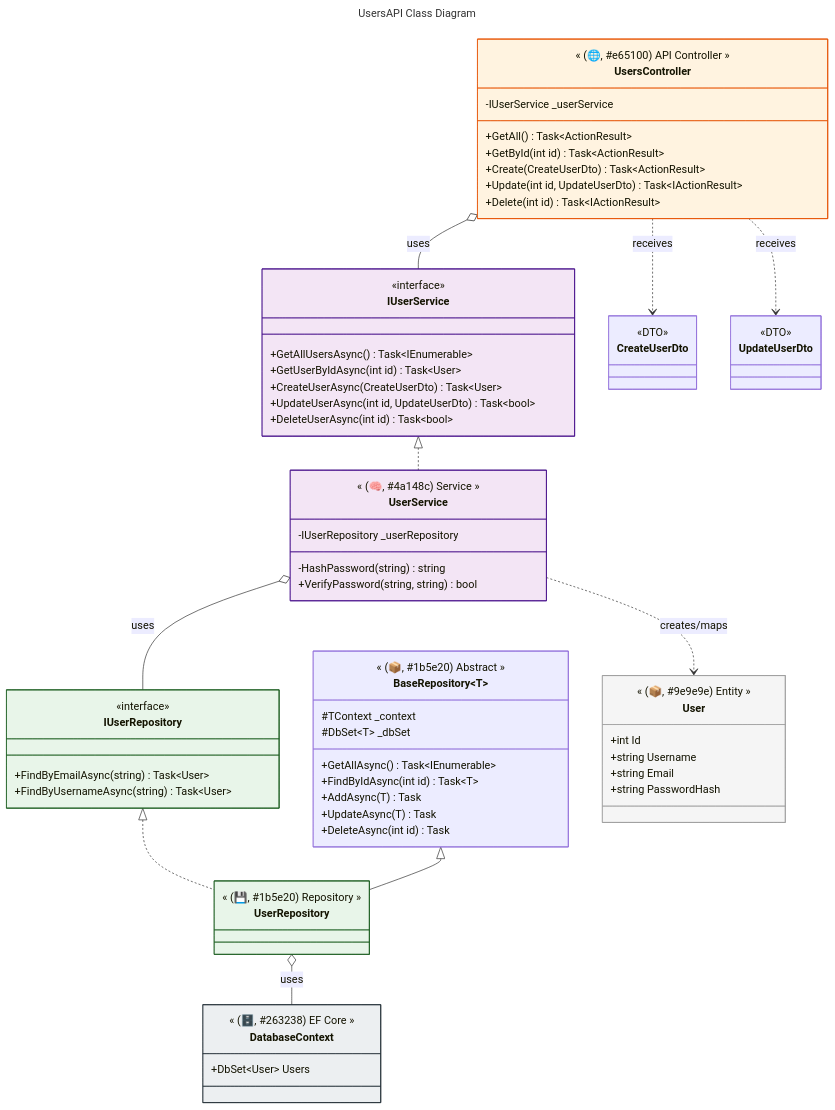
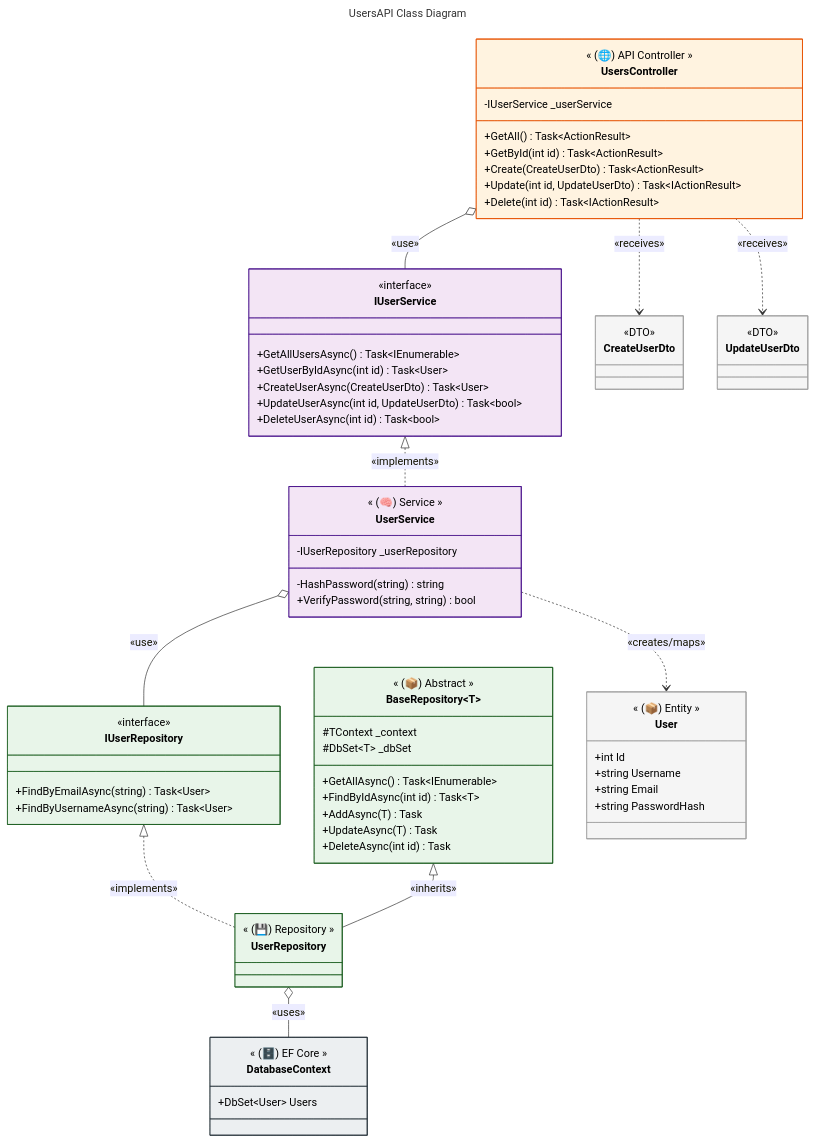
Before and after one commit to jadogeri/UsersAPI: the second of 2 diagrams in README.md, drawn with Mermaid. The commit also changed other lines of this file and 3 other files, not shown here.

Commit message:
Added comments to DatabaseContext

````diff
--- a/README.md
+++ b/README.md
@@ -67,7 +68,7 @@
 
     %% --- LAYER 1: SERVICE INTERFACE (ORANGE) ---
     class UsersController {
-        << (🌐, #e65100) API Controller >>
+        << (🌐) API Controller >>
         -IUserService _userService
         +GetAll() Task~ActionResult~
         +GetById(int id) Task~ActionResult~
@@ -86,7 +87,7 @@
         +DeleteUserAsync(int id) Task~bool~
     }
     class UserService {
-        << (🧠, #4a148c) Service >>
+        << (🧠) Service >>
         -IUserRepository _userRepository
         -HashPassword(string) string
         +VerifyPassword(string, string) bool
@@ -99,7 +100,7 @@
         +FindByUsernameAsync(string) Task~User~
     }
     class BaseRepository~T~ {
-        << (📦, #1b5e20) Abstract >>
+        << (📦) Abstract >>
         #TContext _context
         #DbSet~T~ _dbSet
         +GetAllAsync() Task~IEnumerable~
@@ -109,16 +110,16 @@
         +DeleteAsync(int id) Task
     }
     class UserRepository {
-        << (💾, #1b5e20) Repository >>
+        << (💾) Repository >>
     }
 
     %% --- LAYER 4: MODELS & DATA (GRAY) ---
     class DatabaseContext {
-        << (🗄️, #263238) EF Core >>
+        << (🗄️) EF Core >>
         +DbSet~User~ Users
     }
     class User {
-        << (📦, #9e9e9e) Entity >>
+        << (📦) Entity >>
         +int Id
         +string Username
         +string Email
@@ -128,27 +129,30 @@
     class UpdateUserDto { <<DTO>> }
 
     %% --- RELATIONSHIPS ---
-    IUserService <|.. UserService
-    IUserRepository <|.. UserRepository
-    BaseRepository <|-- UserRepository
+    IUserService <|.. UserService : «implements»
+    IUserRepository <|.. UserRepository : «implements»
+    BaseRepository <|-- UserRepository : «inherits»
     
     %% Injections (Aggregation)
-    UsersController o-- IUserService : uses
-    UserService o-- IUserRepository : uses
-    UserRepository o-- DatabaseContext : uses
+    UsersController o-- IUserService : «use»
+    UserService o-- IUserRepository : «use»
+    UserRepository o-- DatabaseContext : «uses»
 
     %% Data Flow (Dependency)
-    UserService ..> User : creates/maps
-    UsersController ..> CreateUserDto : receives
-    UsersController ..> UpdateUserDto : receives
+    UserService ..> User : «creates/maps»
+    UsersController ..> CreateUserDto : «receives»
+    UsersController ..> UpdateUserDto : «receives»
 
     %% --- STYLING ---
-    style UsersController fill:#fff3e0,stroke:#e65100
-    style UserService fill:#f3e5f5,stroke:#4a148c
-    style UserRepository fill:#e8f5e9,stroke:#1b5e20
-    style DatabaseContext fill:#eceff1,stroke:#263238
-    style User fill:#f5f5f5,stroke:#9e9e9e
-    style IUserService fill:#f3e5f5,stroke:#4a148c
-    style IUserRepository fill:#e8f5e9,stroke:#1b5e20
-
+    style UsersController fill:#fff3e0,stroke:#e65100,color:#000
+    style UserService fill:#f3e5f5,stroke:#4a148c,color:#000
+    style UserRepository fill:#e8f5e9,stroke:#1b5e20,color:#000
+    style DatabaseContext fill:#eceff1,stroke:#263238,color:#000
+    style User fill:#f5f5f5,stroke:#9e9e9e,color:#000
+    style IUserService fill:#f3e5f5,stroke:#4a148c,color:#000
+    style IUserRepository fill:#e8f5e9,stroke:#1b5e20,color:#000
+    %% FIXED: Referred to the class name without generic tildes for styling
+    style BaseRepository fill:#e8f5e9,stroke:#1b5e20,color:#000
+    style CreateUserDto fill:#f5f5f5,stroke:#9e9e9e,color:#000
+    style UpdateUserDto fill:#f5f5f5,stroke:#9e9e9e,color:#000
 ```
````
